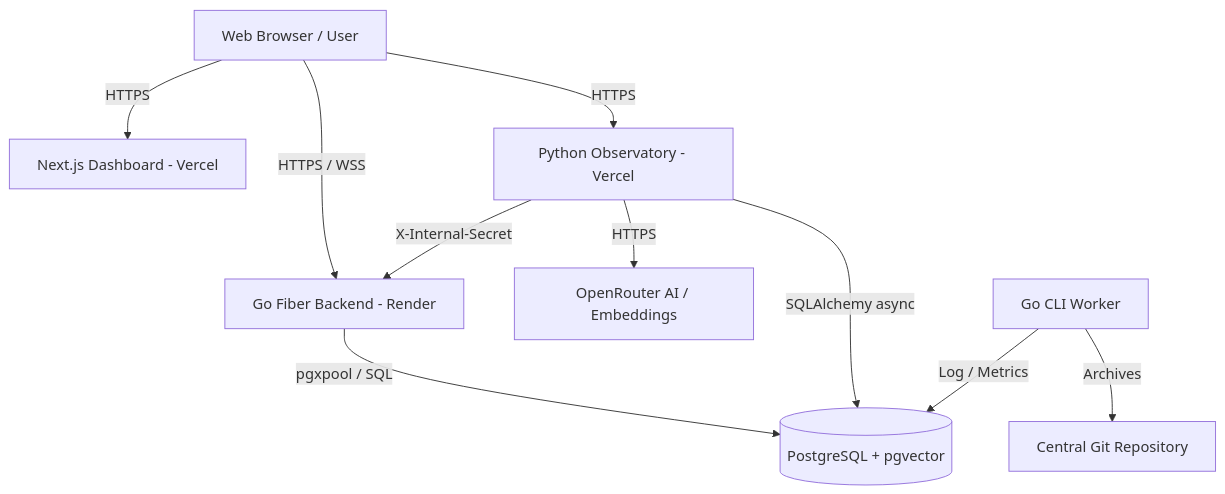
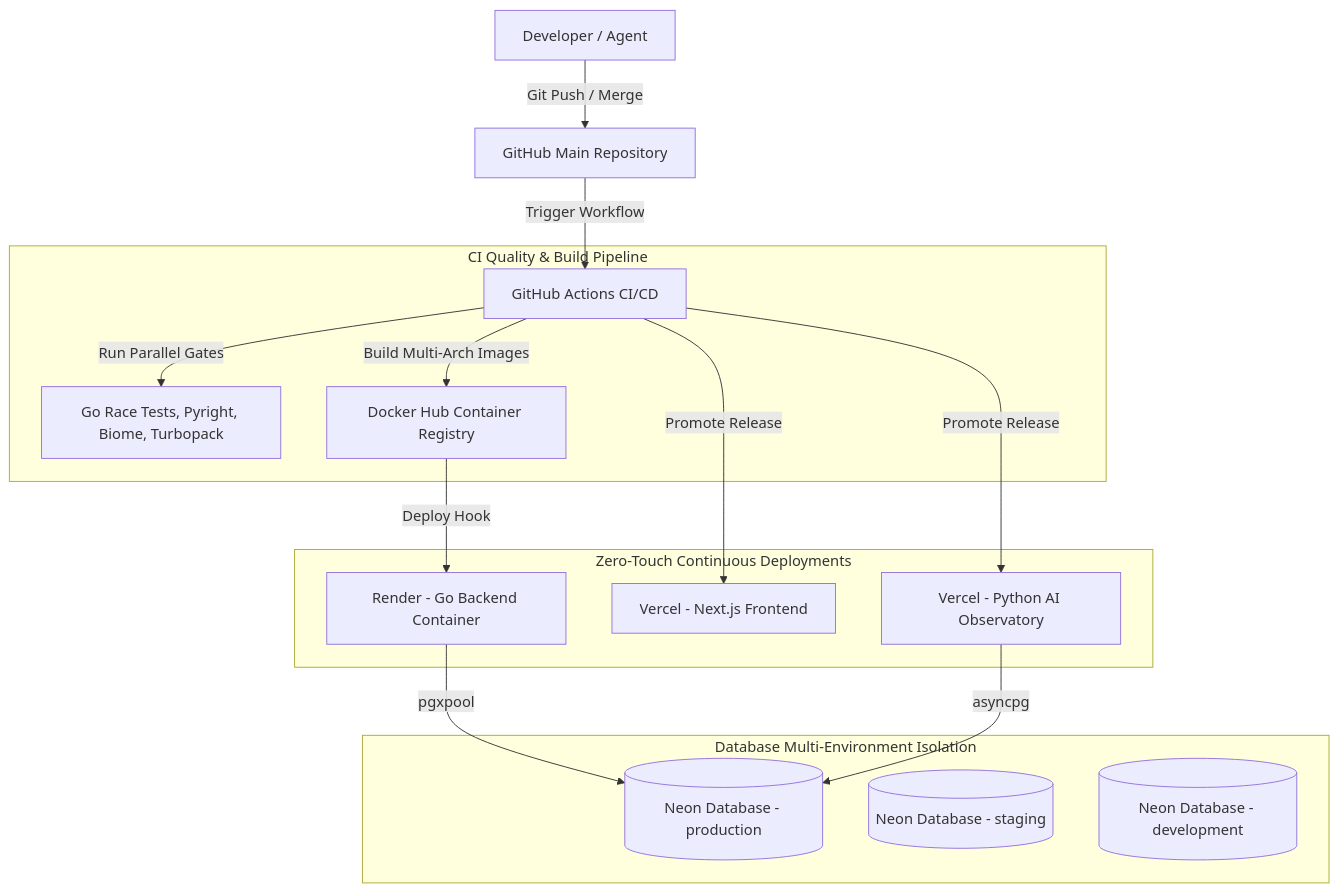
One commit to MishraShardendu22/GitHub-BackUp-Script changed the diagram in README.md. Above: the diagram before and after it, drawn with Mermaid. The commit also changed other lines of this file and 1 other file, not shown here.

Commit message:
docs(deployment): document automated CI/CD pipeline, Neon branching, and deployment runbooks

````diff
--- a/README.md
+++ b/README.md
@@ -27,14 +33,25 @@
 ```mermaid
 graph TD
-    Client[Web Browser / User] -->|HTTPS| Frontend[Next.js Dashboard - Vercel]
-    Client -->|HTTPS| PythonAgent[Python Observatory - Vercel]
-    Client -->|HTTPS / WSS| GoBackend[Go Fiber Backend - Render]
+    Developer[Developer / Agent] -->|Git Push / Merge| GitHub[GitHub Main Repository]
+    GitHub -->|Trigger Workflow| CI[GitHub Actions CI/CD]
 
-    GoBackend -->|pgxpool / SQL| PG[(PostgreSQL + pgvector)]
-    PythonAgent -->|SQLAlchemy async| PG
-    PythonAgent -->|X-Internal-Secret| GoBackend
-    PythonAgent -->|HTTPS| OpenRouter[OpenRouter AI / Embeddings]
+    subgraph CI Quality & Build Pipeline
+        CI -->|Run Parallel Gates| Tests[Go Race Tests, Pyright, Biome, Turbopack]
+        CI -->|Build Multi-Arch Images| DockerHub[Docker Hub Container Registry]
+    end
 
-    Worker[Go CLI Worker] -->|Archives| GitRepos[Central Git Repository]
-    Worker -->|Log / Metrics| PG
+    subgraph Zero-Touch Continuous Deployments
+        DockerHub -->|Deploy Hook| Render[Render - Go Backend Container]
+        CI -->|Promote Release| VercelFE[Vercel - Next.js Frontend]
+        CI -->|Promote Release| VercelObs[Vercel - Python AI Observatory]
+    end
+
+    subgraph Database Multi-Environment Isolation
+        NeonProd[(Neon Database - production)]
+        NeonStaging[(Neon Database - staging)]
+        NeonDev[(Neon Database - development)]
+    end
+
+    Render -->|pgxpool| NeonProd
+    VercelObs -->|asyncpg| NeonProd
 ```
````
